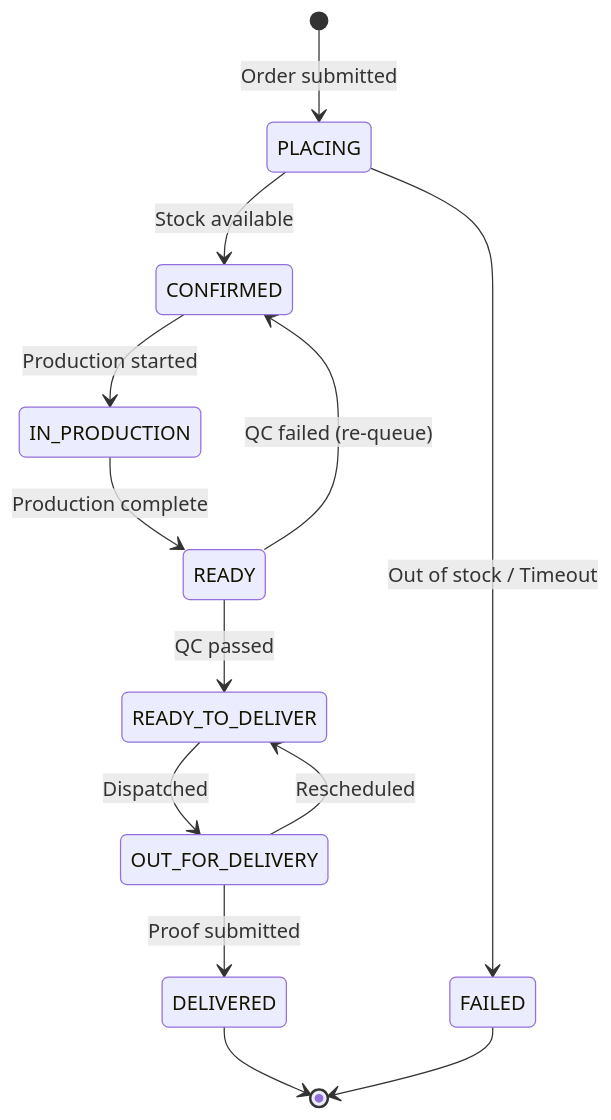
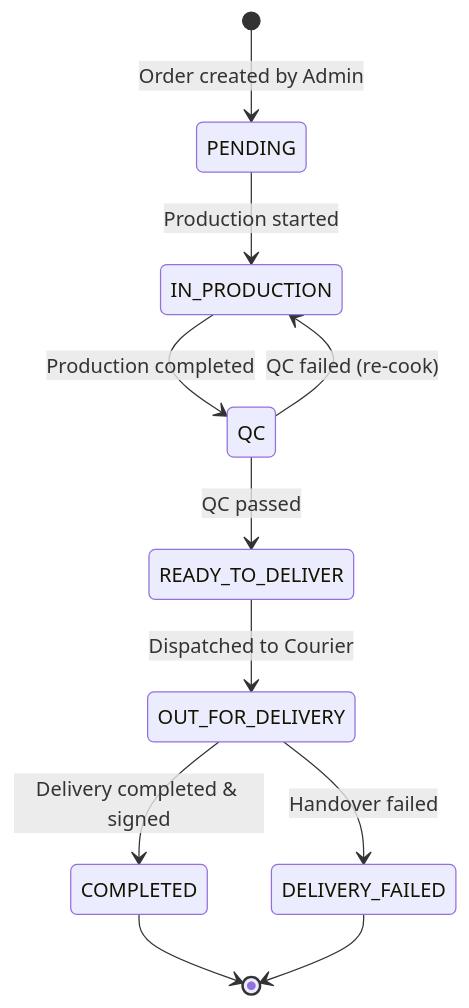
One commit to gariiriana/Al---Umana-Koperasi changed the second of 2 diagrams in README.md. Above: the diagram before and after it, drawn with Mermaid. The commit also changed other lines of this file, not shown here.

Commit message:
docs: update README.md to document revised RBAC, double-status, and delivery scheduling features

````diff
--- a/README.md
+++ b/README.md
@@ -118,15 +87,13 @@
 ```mermaid
 stateDiagram-v2
-    [*] --> PLACING: Order submitted
-    PLACING --> CONFIRMED: Stock available
-    PLACING --> FAILED: Out of stock / Timeout
-    CONFIRMED --> IN_PRODUCTION: Production started
-    IN_PRODUCTION --> READY: Production complete
-    READY --> READY_TO_DELIVER: QC passed
-    READY --> CONFIRMED: QC failed (re-queue)
-    READY_TO_DELIVER --> OUT_FOR_DELIVERY: Dispatched
-    OUT_FOR_DELIVERY --> READY_TO_DELIVER: Rescheduled
-    OUT_FOR_DELIVERY --> DELIVERED: Proof submitted
-    DELIVERED --> [*]
-    FAILED --> [*]
+    [*] --> PENDING: Order created by Admin
+    PENDING --> IN_PRODUCTION: Production started
+    IN_PRODUCTION --> QC: Production completed
+    QC --> READY_TO_DELIVER: QC passed
+    QC --> IN_PRODUCTION: QC failed (re-cook)
+    READY_TO_DELIVER --> OUT_FOR_DELIVERY: Dispatched to Courier
+    OUT_FOR_DELIVERY --> COMPLETED: Delivery completed & signed
+    OUT_FOR_DELIVERY --> DELIVERY_FAILED: Handover failed
+    COMPLETED --> [*]
+    DELIVERY_FAILED --> [*]
 ```
````
